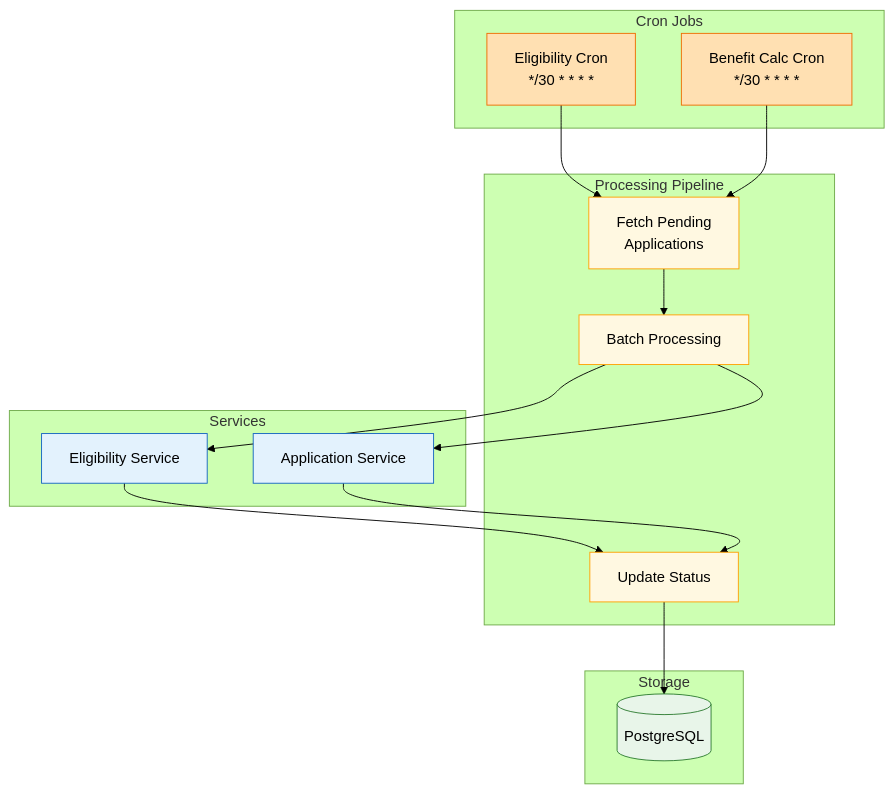
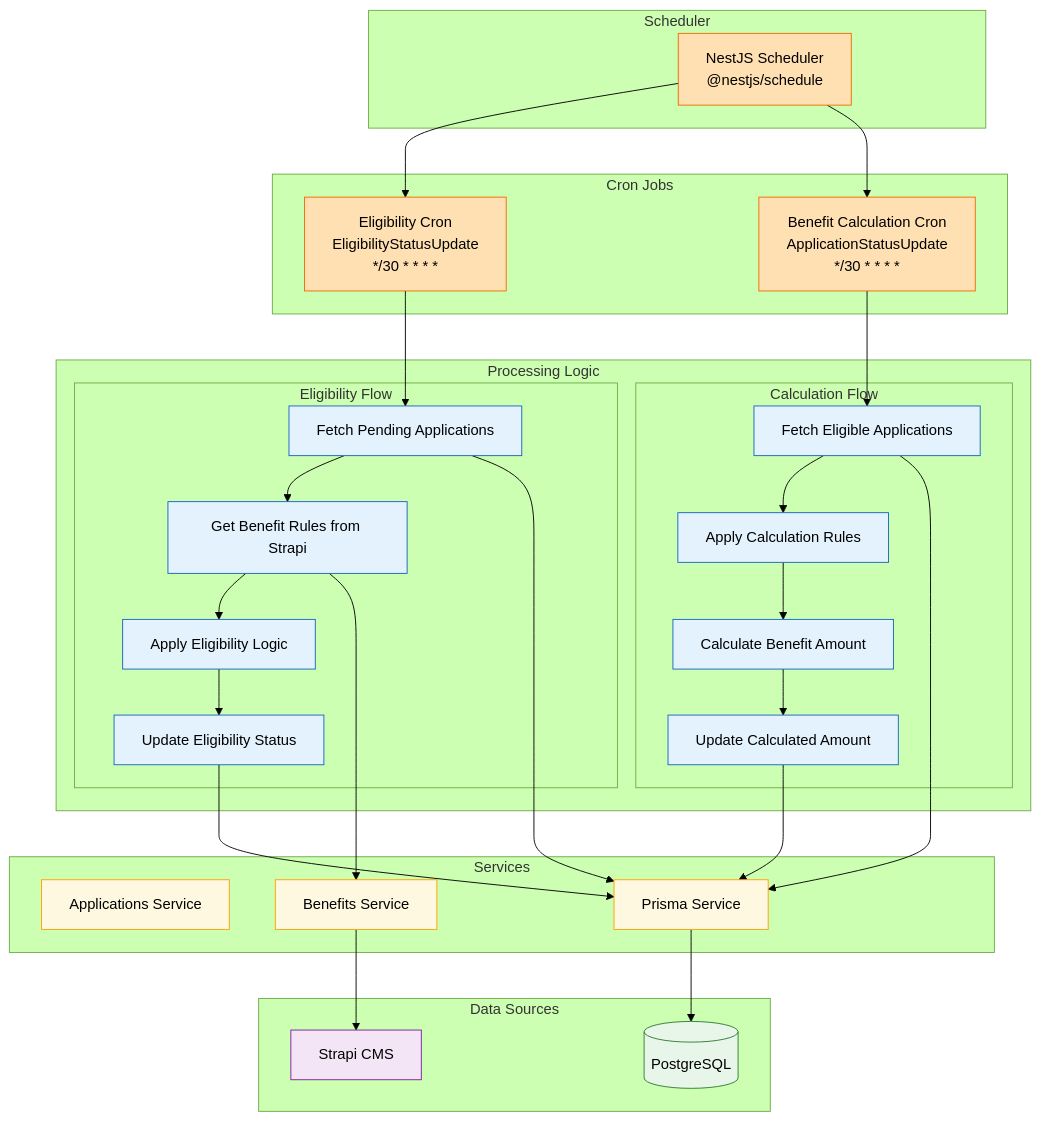
Before and after one commit to rajnishdargan/ubi-strapi-provider-mw: the fifth of 6 diagrams in docs/arch-diagram1.md, drawn with Mermaid (forest theme). The commit also changed other lines of this file, not shown here.

Commit message:
Issue #246252 fix: Diagram Documentation

````diff
--- a/docs/arch-diagram1.md
+++ b/docs/arch-diagram1.md
@@ -173,39 +373,77 @@
 ```mermaid
 graph TB
+    subgraph "Scheduler"
+        SCHED[NestJS Scheduler<br/>@nestjs/schedule]
+        style SCHED fill:#ffe0b2,stroke:#ef6c00
+    end
+
     subgraph "Cron Jobs"
-        EC[Eligibility Cron<br/>*/30 * * * *]
-        BC[Benefit Calc Cron<br/>*/30 * * * *]
+        EC[Eligibility Cron<br/>EligibilityStatusUpdate<br/>*/30 * * * *]
+        BC[Benefit Calculation Cron<br/>ApplicationStatusUpdate<br/>*/30 * * * *]
         style EC fill:#ffe0b2,stroke:#ef6c00
         style BC fill:#ffe0b2,stroke:#ef6c00
     end
 
-    subgraph "Processing Pipeline"
-        FP[Fetch Pending<br/>Applications]
-        BP[Batch Processing]
-        UP[Update Status]
-        style FP fill:#fff8e1,stroke:#ffa000
-        style BP fill:#fff8e1,stroke:#ffa000
-        style UP fill:#fff8e1,stroke:#ffa000
+    subgraph "Processing Logic"
+        subgraph "Eligibility Flow"
+            EF1[Fetch Pending Applications]
+            EF2[Get Benefit Rules from Strapi]
+            EF3[Apply Eligibility Logic]
+            EF4[Update Eligibility Status]
+        end
+        
+        subgraph "Calculation Flow"
+            CF1[Fetch Eligible Applications]
+            CF2[Apply Calculation Rules]
+            CF3[Calculate Benefit Amount]
+            CF4[Update Calculated Amount]
+        end
+        
+        style EF1 fill:#e3f2fd,stroke:#1565c0
+        style EF2 fill:#e3f2fd,stroke:#1565c0
+        style EF3 fill:#e3f2fd,stroke:#1565c0
+        style EF4 fill:#e3f2fd,stroke:#1565c0
+        style CF1 fill:#e3f2fd,stroke:#1565c0
+        style CF2 fill:#e3f2fd,stroke:#1565c0
+        style CF3 fill:#e3f2fd,stroke:#1565c0
+        style CF4 fill:#e3f2fd,stroke:#1565c0
     end
 
     subgraph "Services"
-        ES[Eligibility Service]
-        AS[Application Service]
-        style ES fill:#e3f2fd,stroke:#1565c0
-        style AS fill:#e3f2fd,stroke:#1565c0
+        AS[Applications Service]
+        BS[Benefits Service]
+        PS[Prisma Service]
+        style AS fill:#fff8e1,stroke:#ffa000
+        style BS fill:#fff8e1,stroke:#ffa000
+        style PS fill:#fff8e1,stroke:#ffa000
     end
 
-    subgraph "Storage"
+    subgraph "Data Sources"
         DB[(PostgreSQL)]
+        CMS[Strapi CMS]
         style DB fill:#e8f5e9,stroke:#2e7d32
+        style CMS fill:#f3e5f5,stroke:#7b1fa2
     end
 
-    EC --> FP
-    BC --> FP
-    FP --> BP
-    BP --> ES
-    BP --> AS
-    ES --> UP
-    AS --> UP
-    UP --> DB
+    SCHED --> EC
+    SCHED --> BC
+    
+    EC --> EF1
+    EF1 --> EF2
+    EF2 --> EF3
+    EF3 --> EF4
+    
+    BC --> CF1
+    CF1 --> CF2
+    CF2 --> CF3
+    CF3 --> CF4
+    
+    EF1 --> PS
+    EF2 --> BS
+    EF4 --> PS
+    CF1 --> PS
+    CF4 --> PS
+    
+    PS --> DB
+    BS --> CMS
 ```
````
